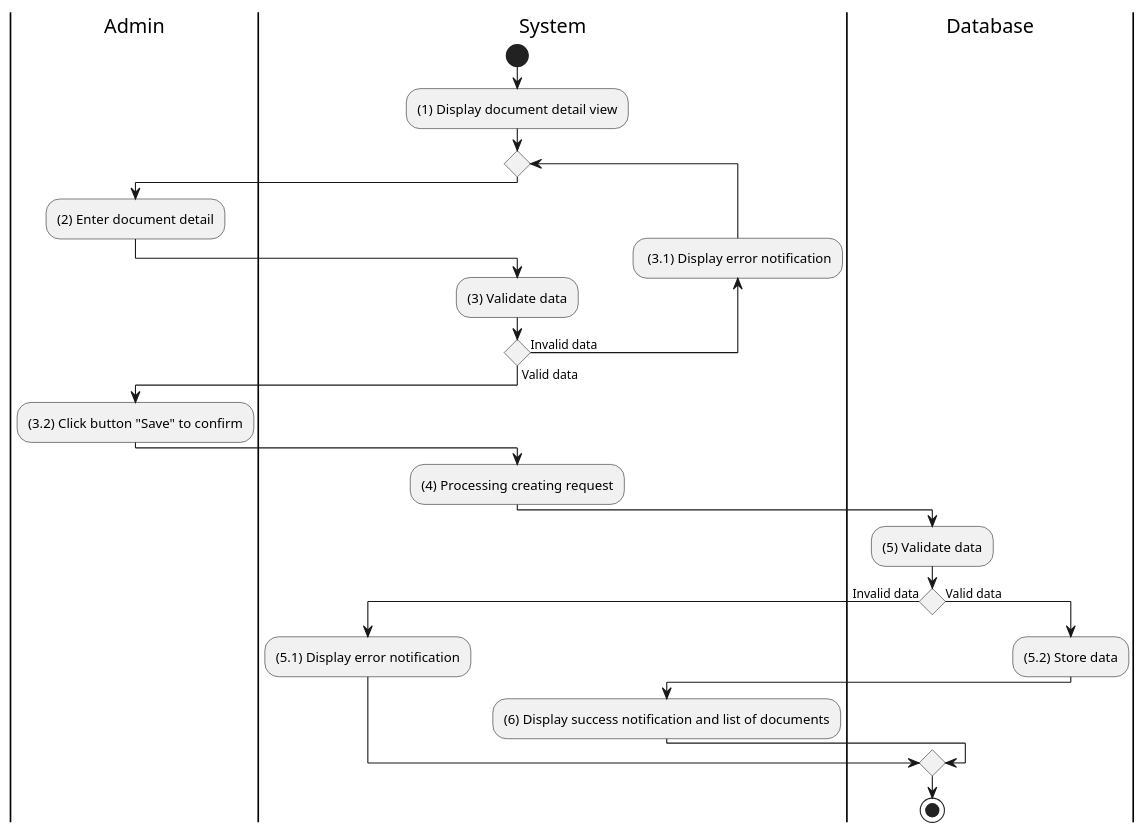
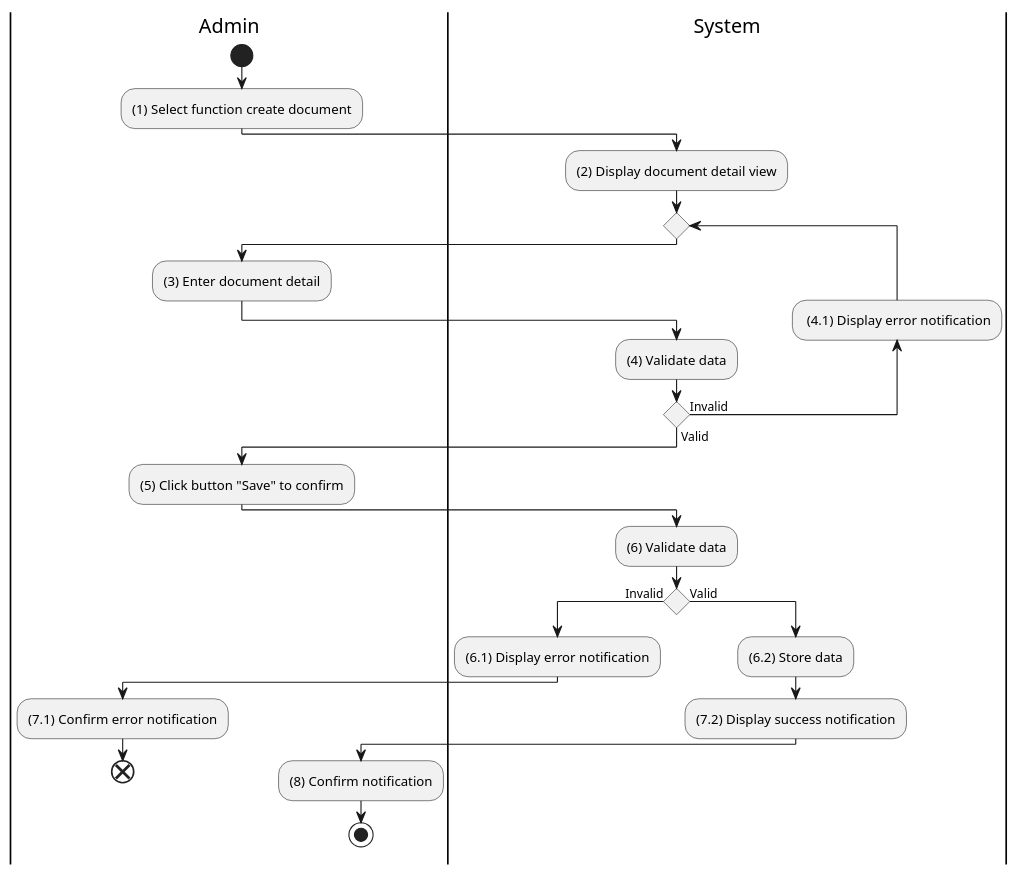
The diagram in docs/software-docs/activity/adjust-document/create-document.md (electricilies/electricilies.github.io), drawn with PlantUML before and after one commit. The commit also changed 47 other files, not shown here.

````diff
--- a/docs/software-docs/activity/adjust-document/create-document.md
+++ b/docs/software-docs/activity/adjust-document/create-document.md
@@ -3,36 +3,36 @@
 ```plantuml
 @startuml
 |A|Admin
 |S|System
-|D|Database
 
+|A|
+start
+:(1) Select function create document;
 |S|
-start
-:(1) Display document detail view;
+:(2) Display document detail view;
 repeat
   |A|
-  :(2) Enter document detail;
+  :(3) Enter document detail;
   |S|
-  :(3) Validate data;
-backward: (3.1) Display error notification;
-repeat while () is (Invalid data) not (Valid data)
+  :(4) Validate data;
+backward: (4.1) Display error notification;
+repeat while () is (Invalid) not (Valid)
 |A|
-:(3.2) Click button "Save" to confirm;
+:(5) Click button "Save" to confirm;
 |S|
-:(4) Processing creating request;
-|D|
-:(5) Validate data;
-if () then (Invalid data)
+:(6) Validate data;
+if () then (Invalid)
+  :(6.1) Display error notification;
+  |A|
+  :(7.1) Confirm error notification;
+  end
+else (Valid)
   |S|
-  :(5.1) Display error notification;
-else (Valid data)
-  |D|
-  :(5.2) Store data;
-  |S|
-  :(6) Display success notification and list of documents;
+  :(6.2) Store data;
+  :(7.2) Display success notification;
+  |A|
+  :(8) Confirm notification;
+  stop
 endif
-|D|
-stop
-
 @enduml
 ```
````
